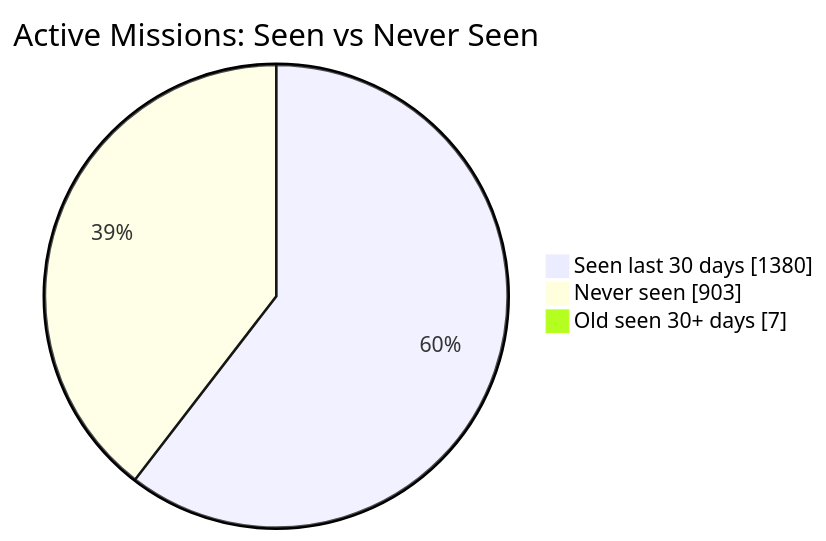
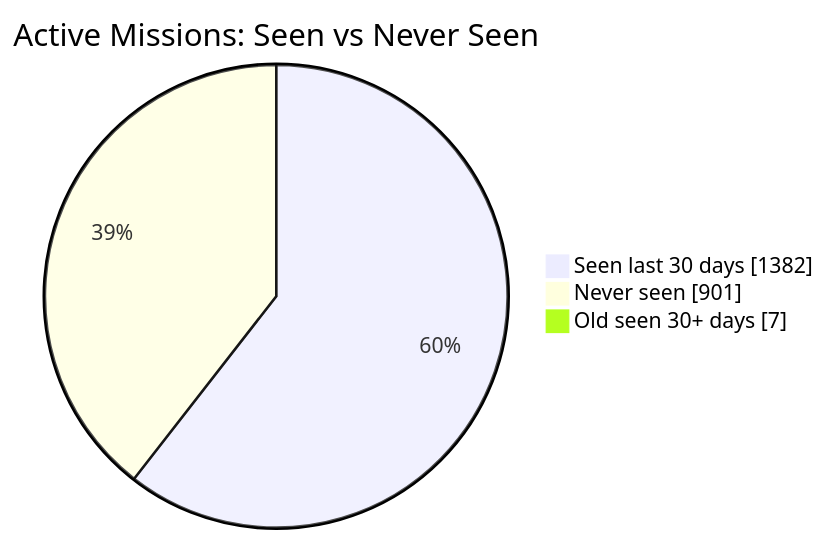
One commit to MeldkamerspelGameTeam/active-missions changed the first of 2 diagrams in README.md. Above: the diagram before and after it, drawn with Mermaid. The commit also changed other lines of this file and 2 other files, not shown here.

````diff
--- a/README.md
+++ b/README.md
@@ -34,7 +34,7 @@
 ```mermaid
 pie showData
     title Active Missions: Seen vs Never Seen
-    "Seen last 30 days" : 1380
-    "Never seen" : 903
+    "Seen last 30 days" : 1382
+    "Never seen" : 901
     "Old seen 30+ days" : 7
 ```
````
